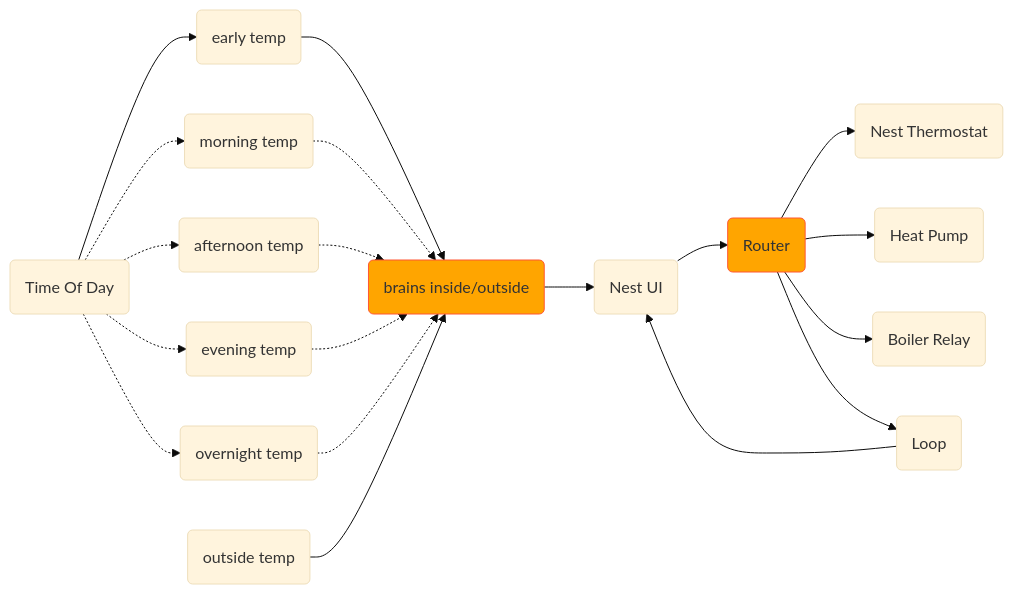
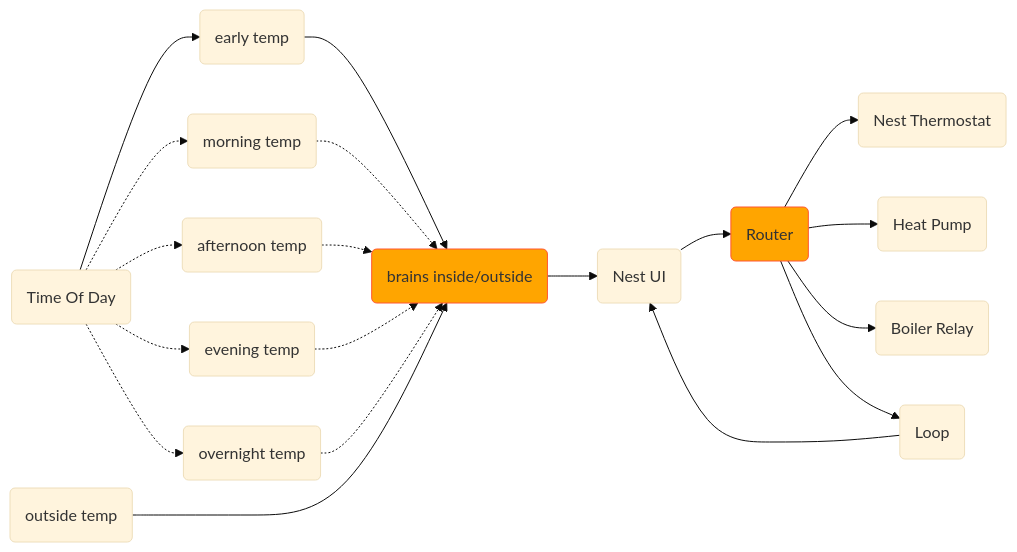
The diagram in README.md (MadJalapeno/Node-RED-HVAC), drawn with Mermaid (base theme) before and after one commit.

````diff
--- a/README.md
+++ b/README.md
@@ -68,24 +68,24 @@
 ```mermaid
 ---
 Title
 ---
 flowchart LR
   tod(Time Of Day) --> t1
   tod -.-> t2 & t3 & t4 & t5
   t1(early temp) --> brains
   t2(morning temp) -.-> brains
   t3(afternoon temp) -.-> brains
   t4(evening temp) -.-> brains
   t5(overnight temp) -.-> brains
-  id2(outside temp) --> brains
+  id2(outside temp) ---> brains
   brains(brains inside/outside) --> UI
   UI(Nest UI) --> Router
   Router(Router) --> c1 & c2 & c3 & c4
   c1(Nest Thermostat)
   c2(Heat Pump)
   c3(Boiler Relay)
   c4(Loop) --> UI
 
   style brains fill:#ffa500,stroke:#FF5733
   style Router fill:#ffa500,stroke:#FF5733
 ```
````
